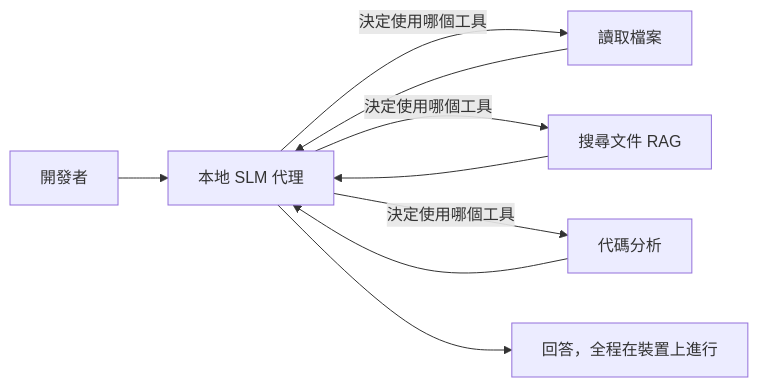
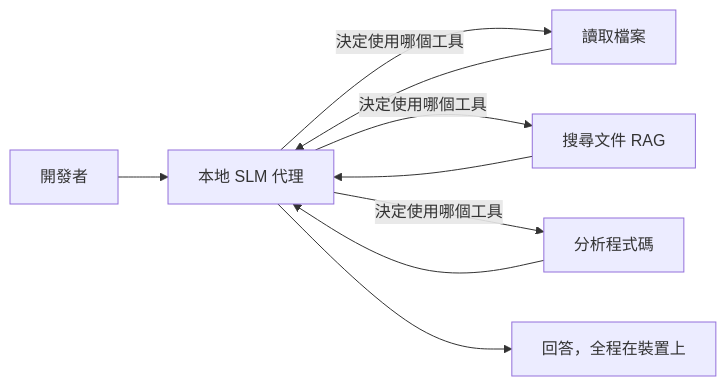
One commit to gabrielmoreira/agent-skills-mirror changed the first of 4 diagrams in mirrors/repos/microsoft@ai-agents-for-beginners/translations/zh-MO/17-creating-local-ai-agents/README.md. Above: the diagram before and after it, drawn with Mermaid. The commit also changed other lines of this file and 4262 other files, not shown here.

````diff
--- a/mirrors/repos/microsoft@ai-agents-for-beginners/translations/zh-MO/17-creating-local-ai-agents/README.md
+++ b/mirrors/repos/microsoft@ai-agents-for-beginners/translations/zh-MO/17-creating-local-ai-agents/README.md
@@ -66,11 +66,11 @@
 ```mermaid
 flowchart LR
     U[開發者] --> A[本地 SLM 代理]
     A -->|決定使用哪個工具| T1[讀取檔案]
     A -->|決定使用哪個工具| T2[搜尋文件 RAG]
-    A -->|決定使用哪個工具| T3[代碼分析]
+    A -->|決定使用哪個工具| T3[分析程式碼]
     T1 --> A
     T2 --> A
     T3 --> A
-    A --> R[回答，全程在裝置上進行]
+    A --> R[回答，全程在裝置上]
 ```
````
